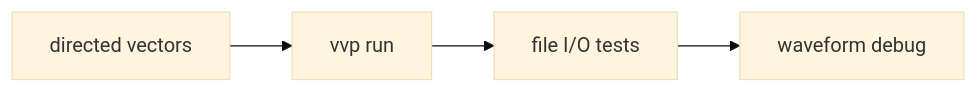
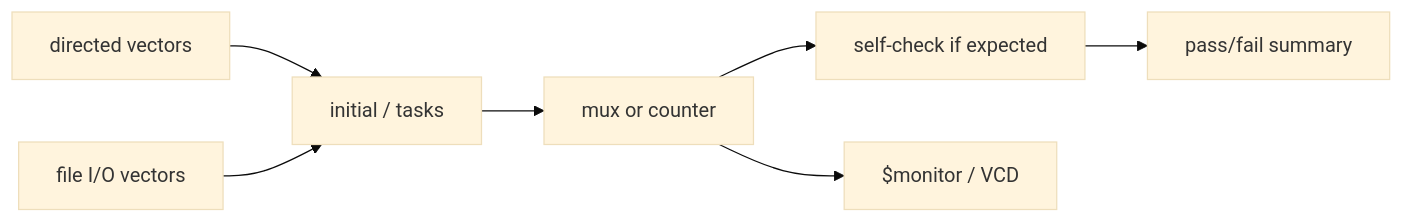
One commit to universal-verification-methodology/learn_verilator_iverilog changed the diagram in media/module1/assets/diagrams/verification_architecture.mmd. Above: the diagram before and after it, drawn with Mermaid (base theme). The commit also changed 1112 other files, not shown here.

```diff
--- a/media/module1/assets/diagrams/verification_architecture.mmd
+++ b/media/module1/assets/diagrams/verification_architecture.mmd
@@ -1,4 +1,7 @@
 flowchart LR
-  DIR[directed vectors] --> VVP[vvp run]
-  VVP --> FILE[file I/O tests]
-  FILE --> DBG[waveform debug]
+  VEC[directed vectors] --> STIM[initial / tasks]
+  STIM --> DUT[mux or counter]
+  DUT --> CHK[self-check if expected]
+  CHK --> RPT[pass/fail summary]
+  FILE[file I/O vectors] --> STIM
+  DUT --> MON[$monitor / VCD]
```
